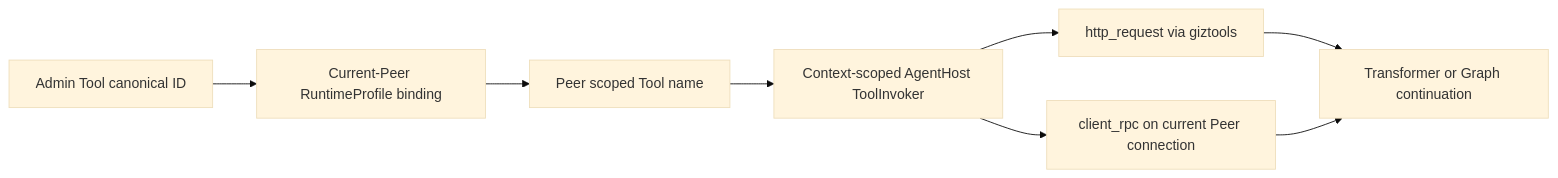
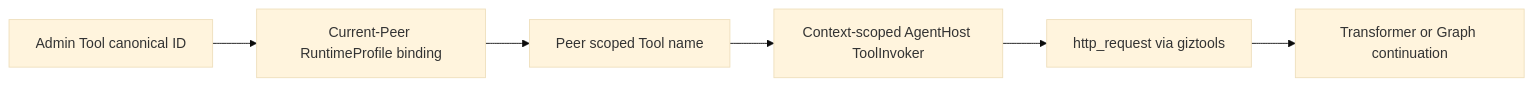
The diagram in guides/en/developing/gizclaw/services/runtime/toolkit.md (GizClaw/gizclaw), drawn with Mermaid (base theme) before and after one commit. The commit also changed other lines of this file and 265 other files, not shown here.

````diff
--- a/guides/en/developing/gizclaw/services/runtime/toolkit.md
+++ b/guides/en/developing/gizclaw/services/runtime/toolkit.md
@@ -49,10 +43,8 @@
 ```mermaid
 flowchart LR
     Resource["Admin Tool canonical ID"] --> Profile["Current-Peer RuntimeProfile binding"]
     Profile --> Policy["Peer scoped Tool name"]
     Policy --> Invoker["Context-scoped AgentHost ToolInvoker"]
     Invoker --> HTTP["http_request via giztools"]
-    Invoker --> Client["client_rpc on current Peer connection"]
     HTTP --> Continue["Transformer or Graph continuation"]
-    Client --> Continue
 ```
````
